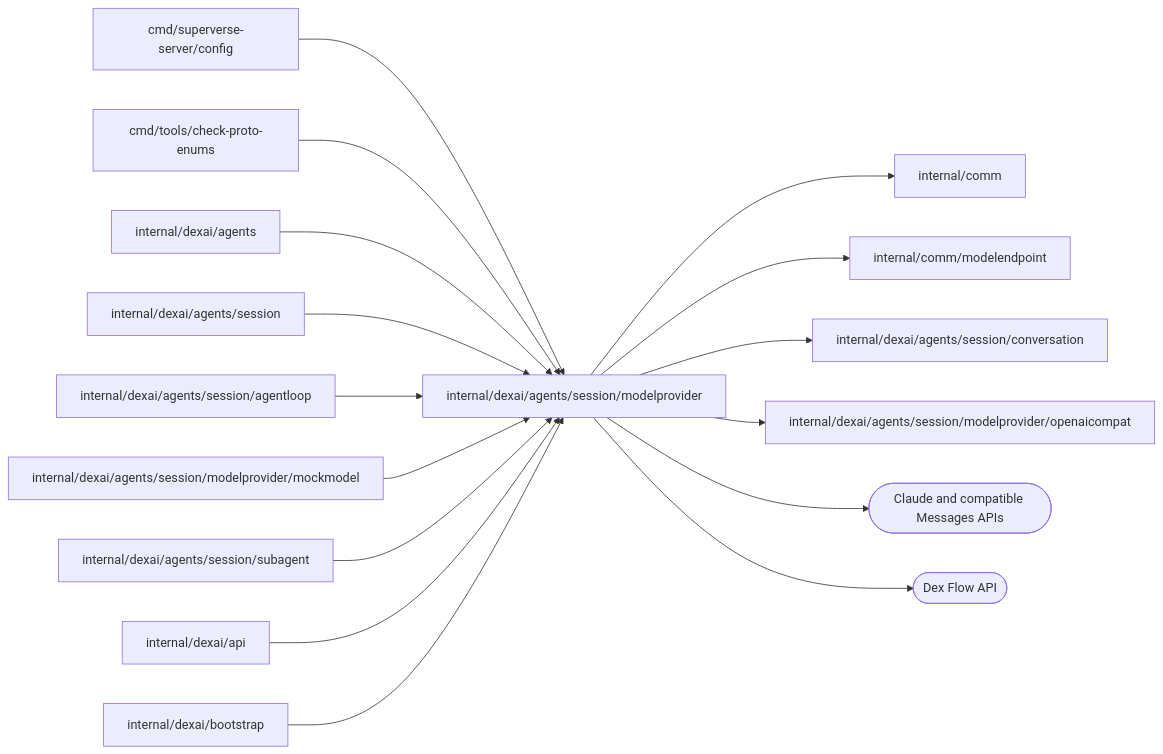
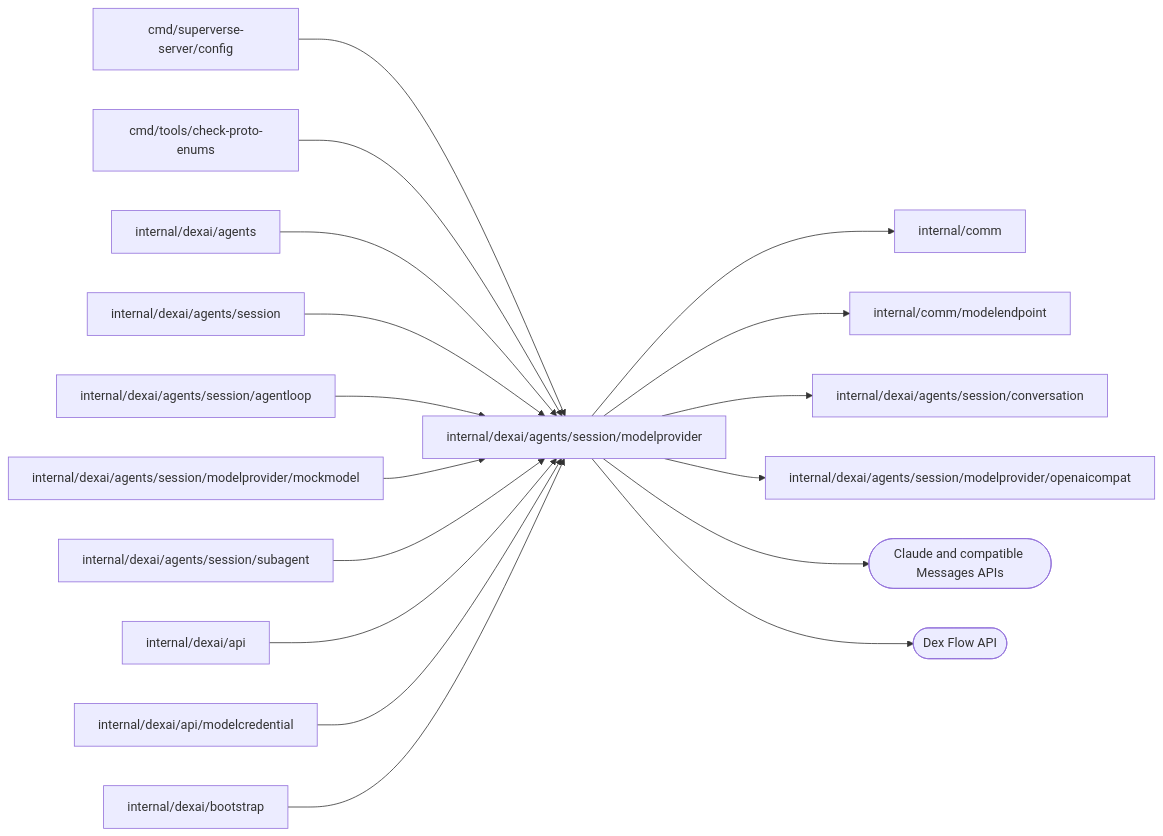
One commit to superdurable/superverse changed the diagram in internal/dexai/agents/session/modelprovider/README.md. Above: the diagram before and after it, drawn with Mermaid. The commit also changed other lines of this file and 38 other files, not shown here.

````diff
--- a/internal/dexai/agents/session/modelprovider/README.md
+++ b/internal/dexai/agents/session/modelprovider/README.md
@@ -10,19 +10,20 @@
 ```mermaid
 flowchart LR
   self["internal/dexai/agents/session/modelprovider"]
   c0["cmd/superverse-server/config"] --> self
   c1["cmd/tools/check-proto-enums"] --> self
   c2["internal/dexai/agents"] --> self
   c3["internal/dexai/agents/session"] --> self
   c4["internal/dexai/agents/session/agentloop"] --> self
   c5["internal/dexai/agents/session/modelprovider/mockmodel"] --> self
   c6["internal/dexai/agents/session/subagent"] --> self
   c7["internal/dexai/api"] --> self
-  c8["internal/dexai/bootstrap"] --> self
+  c8["internal/dexai/api/modelcredential"] --> self
+  c9["internal/dexai/bootstrap"] --> self
   self --> d0["internal/comm"]
   self --> d1["internal/comm/modelendpoint"]
   self --> d2["internal/dexai/agents/session/conversation"]
   self --> d3["internal/dexai/agents/session/modelprovider/openaicompat"]
   self --> e0(["Claude and compatible Messages APIs"])
   self --> e1(["Dex Flow API"])
 ```
````
